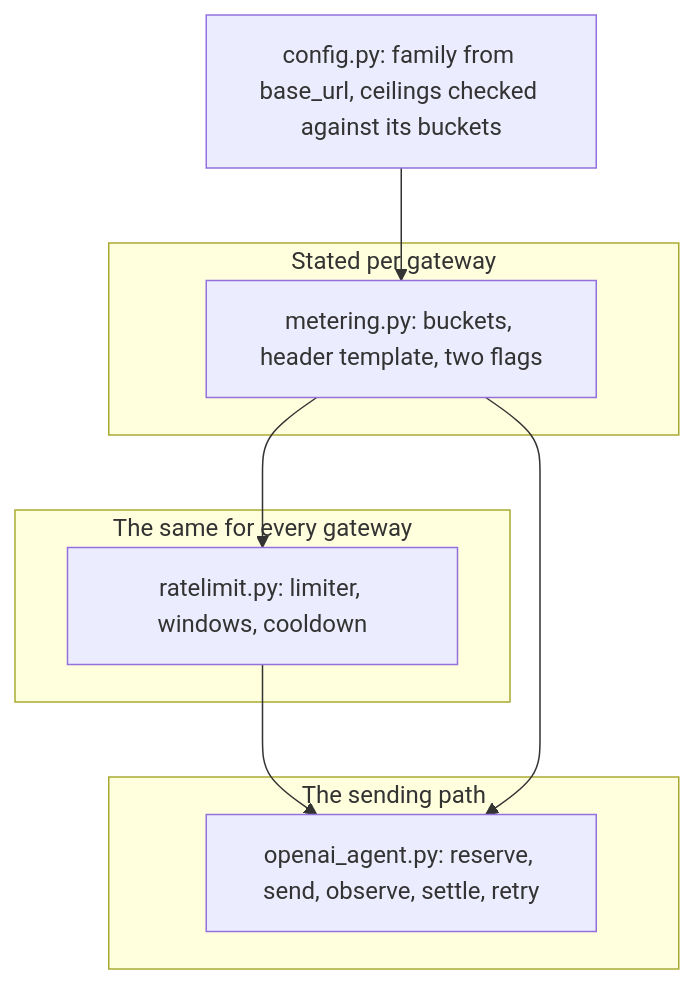
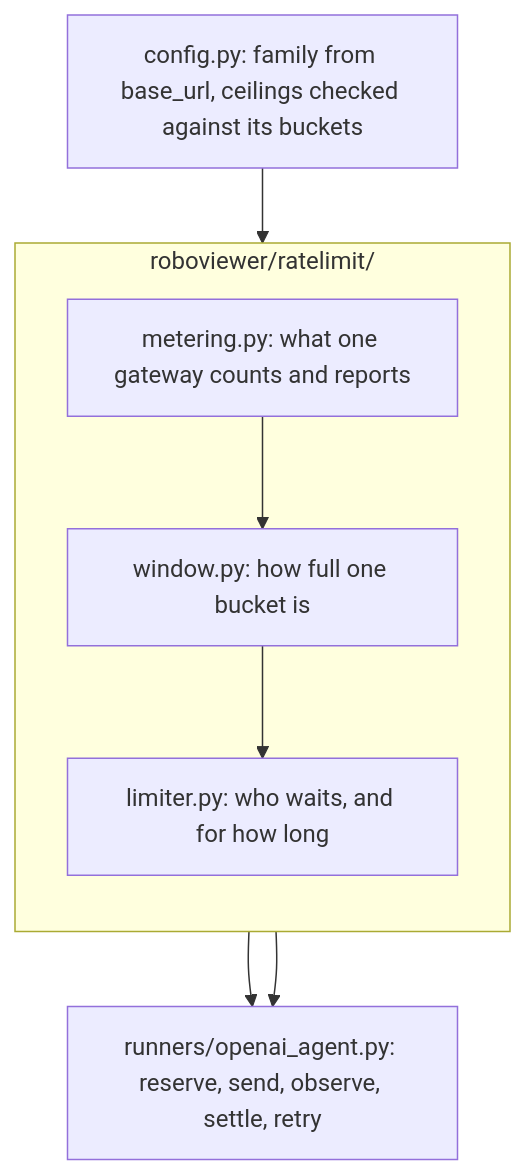
Before and after one commit to axazeano/Roboviewer: the fourth of 4 diagrams in docs/rate-limits.md, drawn with Mermaid. The commit also changed other lines of this file and 10 other files, not shown here.

````diff
--- a/docs/rate-limits.md
+++ b/docs/rate-limits.md
@@ -231,19 +233,19 @@
 ```mermaid
 flowchart TD
     CFG["config.py: family from base_url, ceilings checked against its buckets"]
 
-    subgraph differs ["Stated per gateway"]
-        D["metering.py: buckets, header template, two flags"]
-    end
-    subgraph same ["The same for every gateway"]
-        RL["ratelimit.py: limiter, windows, cooldown"]
-    end
-    subgraph edge ["The sending path"]
-        RUN["openai_agent.py: reserve, send, observe, settle, retry"]
+    subgraph pkg ["roboviewer/ratelimit/"]
+        direction TB
+        M["metering.py: what one gateway counts and reports"]
+        W["window.py: how full one bucket is"]
+        L["limiter.py: who waits, and for how long"]
+        M --> W
+        W --> L
     end
 
-    CFG --> D
-    D --> RL
-    RL --> RUN
-    D --> RUN
+    RUN["runners/openai_agent.py: reserve, send, observe, settle, retry"]
+
+    CFG --> M
+    L --> RUN
+    M --> RUN
 ```
````
